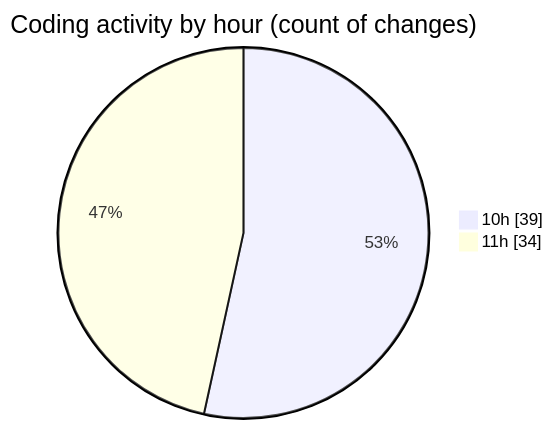
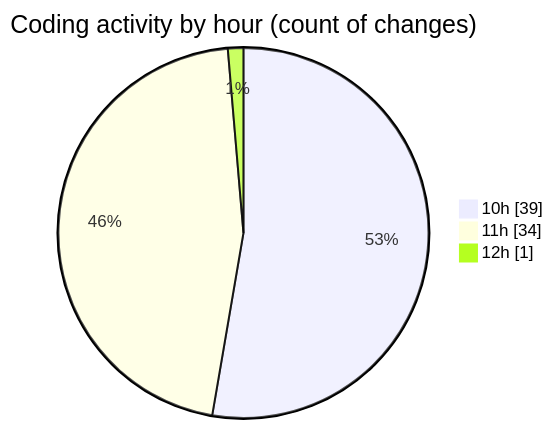
One commit to CELIANVF/code-tracking changed the second of 2 diagrams in 2025-04-15/portfolio/README.md. Above: the diagram before and after it, drawn with Mermaid. The commit also changed other lines of this file and 1 other file, not shown here.

````diff
--- a/2025-04-15/portfolio/README.md
+++ b/2025-04-15/portfolio/README.md
@@ -30,6 +30,7 @@
 ```mermaid
 pie showData
 title Coding activity by hour (count of changes)
 "10h" : 39
 "11h" : 34
+"12h" : 1
 ```
````
